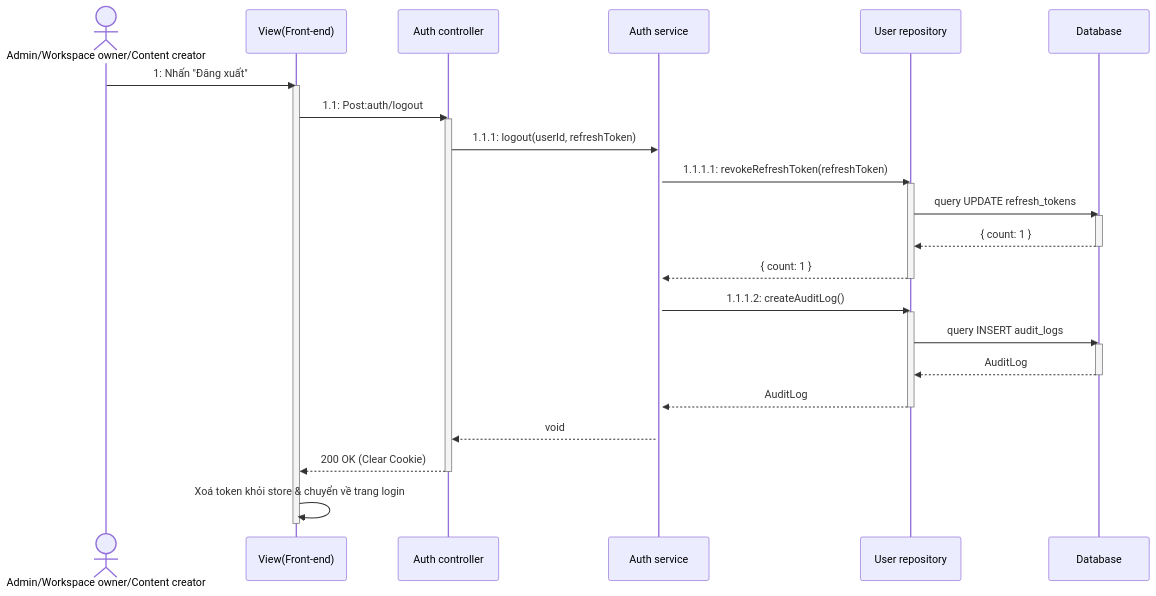
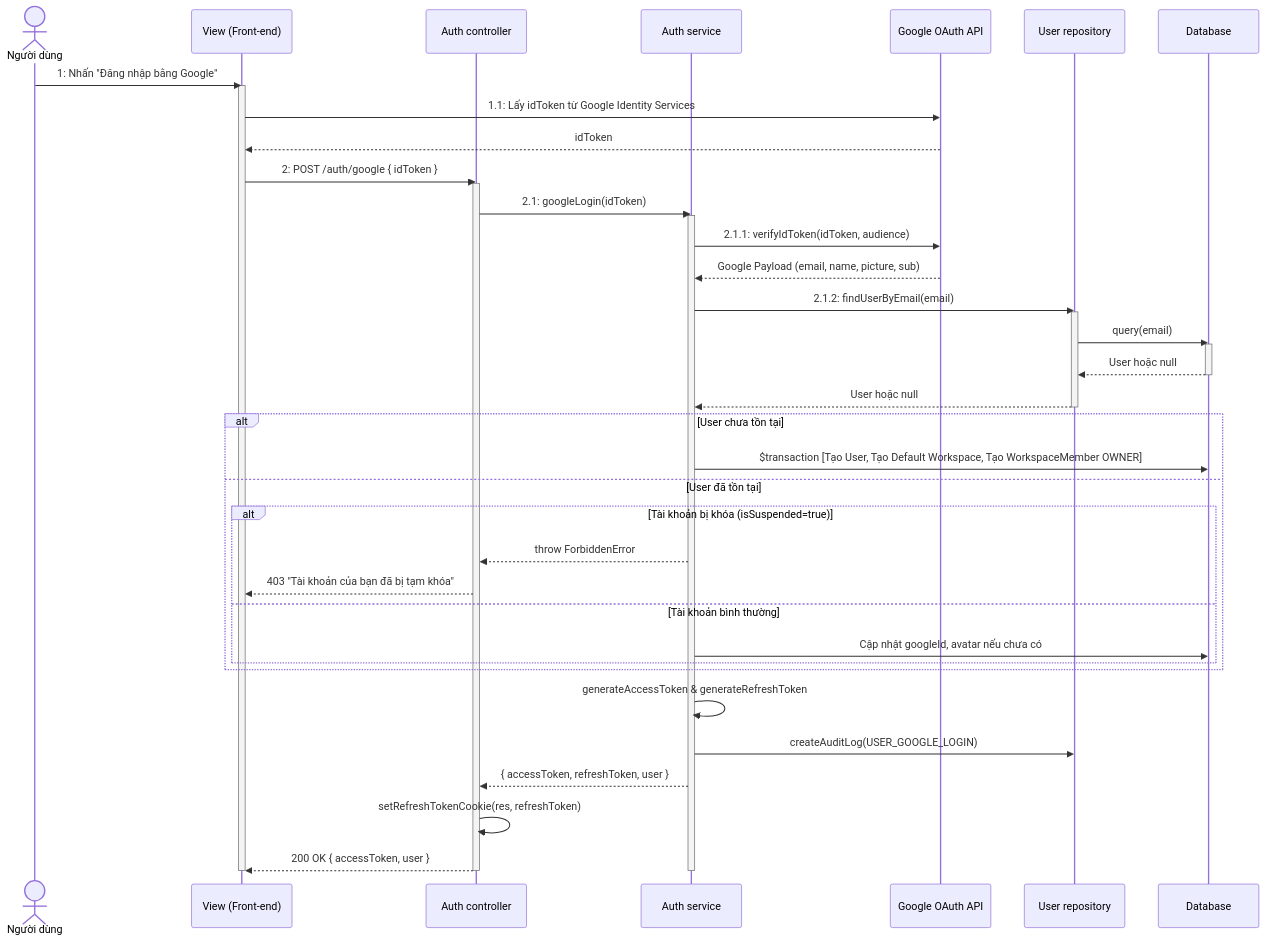
One commit to Pham-Hong-Ky/marka-capstone changed the third of 44 diagrams in docs/function_layer_mapping.md. Above: the diagram before and after it, drawn with Mermaid. The commit also changed other lines of this file and 47 other files, not shown here.

First line of the commit message:
docs: refresh architecture, API and database specs with UML diagrams

````diff
--- a/docs/function_layer_mapping.md
+++ b/docs/function_layer_mapping.md
@@ -147,37 +143,49 @@
 ```mermaid
 sequenceDiagram
-    actor User as Admin/Workspace owner/Content creator
-    participant View as View(Front-end)
+    actor User as Người dùng
+    participant View as View (Front-end)
     participant Controller as Auth controller
     participant Service as Auth service
+    participant Google as Google OAuth API
     participant Repository as User repository
     participant DB as Database
 
-    User->>View: 1: Nhấn "Đăng xuất"
+    User->>View: 1: Nhấn "Đăng nhập bằng Google"
     activate View
-    View->>Controller: 1.1: Post:auth/logout
+    View->>Google: 1.1: Lấy idToken từ Google Identity Services
+    Google-->>View: idToken
+    View->>Controller: 2: POST /auth/google { idToken }
     activate Controller
-    Controller->>Service: 1.1.1: logout(userId, refreshToken)
+    Controller->>Service: 2.1: googleLogin(idToken)
     activate Service
-    Service->>Repository: 1.1.1.1: revokeRefreshToken(refreshToken)
+    Service->>Google: 2.1.1: verifyIdToken(idToken, audience)
+    Google-->>Service: Google Payload (email, name, picture, sub)
+    Service->>Repository: 2.1.2: findUserByEmail(email)
     activate Repository
-    Repository->>DB: query UPDATE refresh_tokens
+    Repository->>DB: query(email)
     activate DB
-    DB-->>Repository: { count: 1 }
+    DB-->>Repository: User hoặc null
     deactivate DB
-    Repository-->>Service: { count: 1 }
+    Repository-->>Service: User hoặc null
     deactivate Repository
-    Service->>Repository: 1.1.1.2: createAuditLog()
-    activate Repository
-    Repository->>DB: query INSERT audit_logs
-    activate DB
-    DB-->>Repository: AuditLog
-    deactivate DB
-    Repository-->>Service: AuditLog
-    deactivate Repository
-    Service-->>Controller: void
-    Controller-->>View: 200 OK (Clear Cookie)
+
+    alt User chưa tồn tại
+        Service->>DB: $transaction [Tạo User, Tạo Default Workspace, Tạo WorkspaceMember OWNER]
+    else User đã tồn tại
+        alt Tài khoản bị khóa (isSuspended=true)
+            Service-->>Controller: throw ForbiddenError
+            Controller-->>View: 403 "Tài khoản của bạn đã bị tạm khóa"
+        else Tài khoản bình thường
+            Service->>DB: Cập nhật googleId, avatar nếu chưa có
+        end
+    end
+
+    Service->>Service: generateAccessToken & generateRefreshToken
+    Service->>Repository: createAuditLog(USER_GOOGLE_LOGIN)
+    Service-->>Controller: { accessToken, refreshToken, user }
+    Controller->>Controller: setRefreshTokenCookie(res, refreshToken)
+    Controller-->>View: 200 OK { accessToken, user }
     deactivate Controller
-    View->>View: Xoá token khỏi store & chuyển về trang login
+    deactivate Service
     deactivate View
 ```
````
